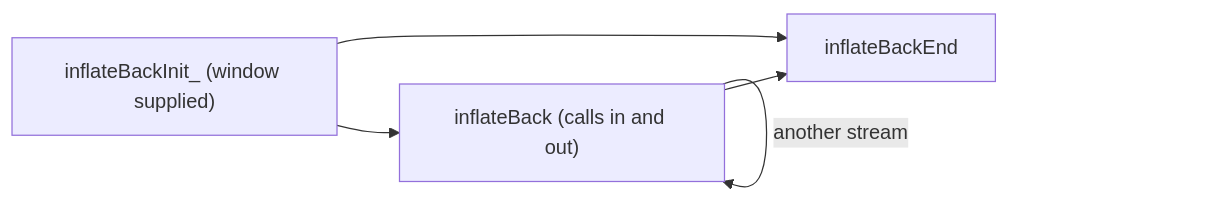
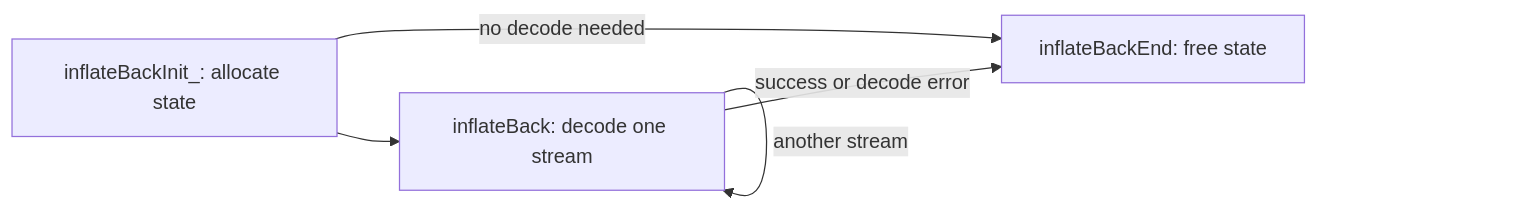
One commit to cla7aye15I4nd/zlib-f changed the diagram in docs/spec/functions/inflate-back.md. Above: the diagram before and after it, drawn with Mermaid. The commit also changed other lines of this file and 14 other files, not shown here.

````diff
--- a/docs/spec/functions/inflate-back.md
+++ b/docs/spec/functions/inflate-back.md
@@ -18,7 +13,7 @@
 ```mermaid
 flowchart LR
-    I["inflateBackInit_ (window supplied)"] --> B["inflateBack (calls in and out)"]
-    B -->|"another stream"| B
-    B --> E["inflateBackEnd"]
-    I --> E
+    I["inflateBackInit_: allocate state"] --> B["inflateBack: decode one stream"]
+    B -->|another stream| B
+    B -->|success or decode error| E["inflateBackEnd: free state"]
+    I -->|no decode needed| E
 ```
````
